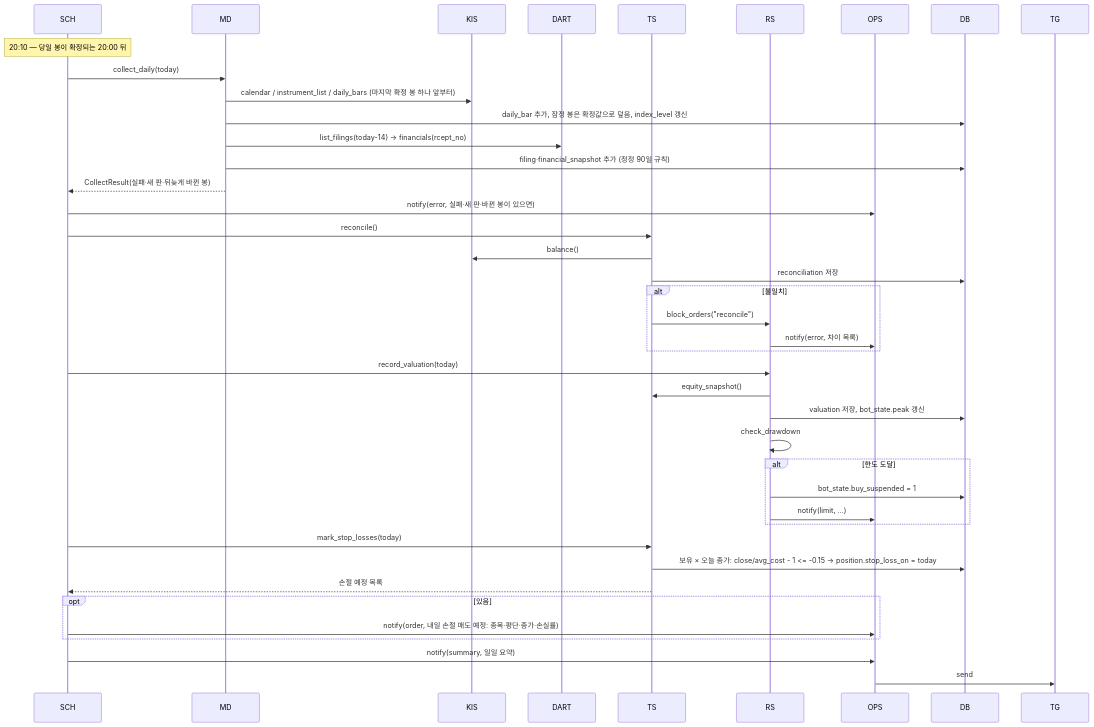
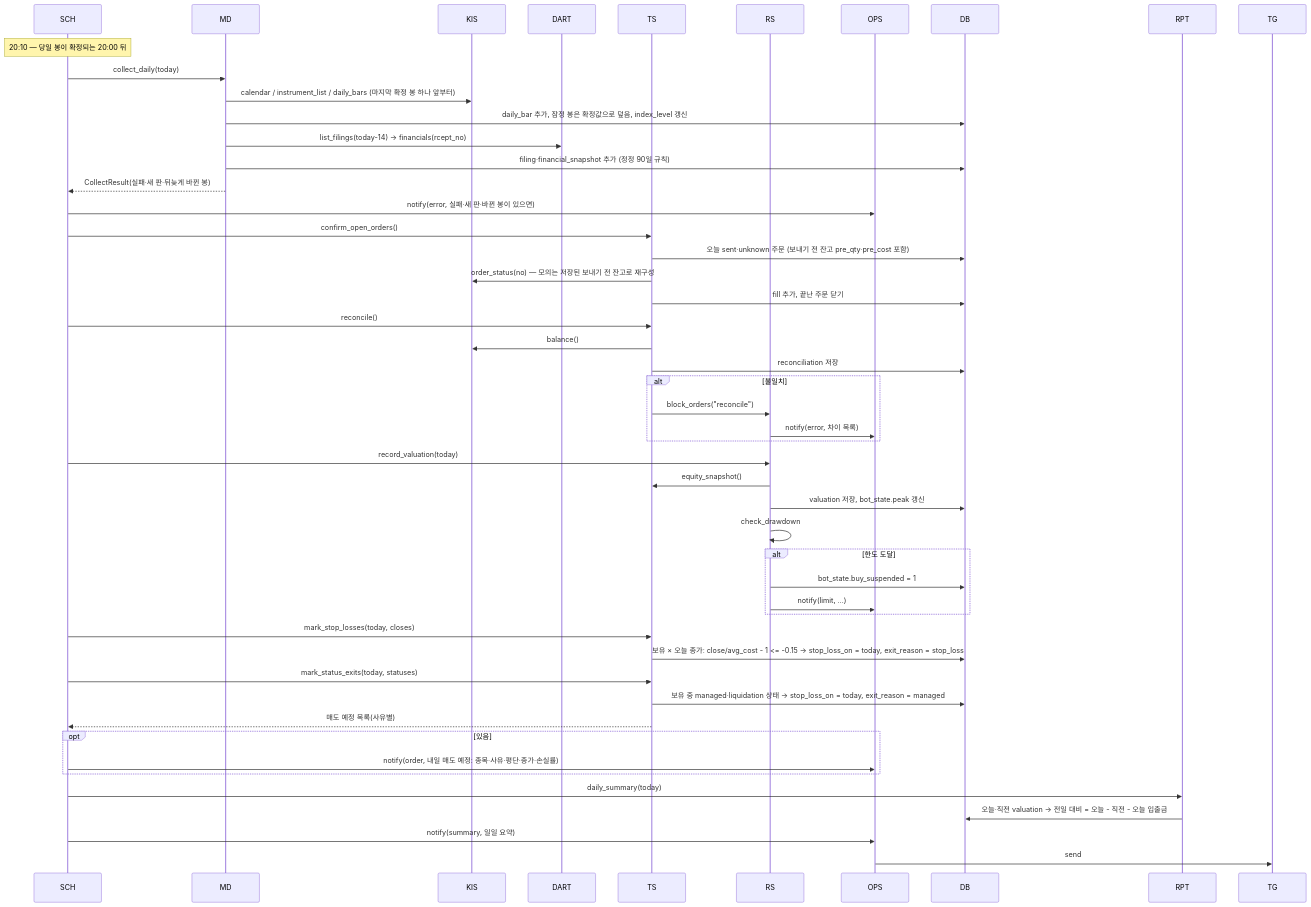
Before and after one commit to HoyoungParkme/quant-rebalance-bot: the first of 7 diagrams in docs/specs/09-SEQ/QBOT-SEQ-001.md, drawn with Mermaid. The commit also changed other lines of this file, not shown here.

Commit message:
SEQ-1 대조 전 미확인 주문 재확인·관리종목 표시·전일 대비, SEQ-3 보내기 전 잔고를 unknown 전에 조회해 DB에, SEQ-7 월간 보고 추가, 조회 재시도 미결 정정

````diff
--- a/docs/specs/09-SEQ/QBOT-SEQ-001.md
+++ b/docs/specs/09-SEQ/QBOT-SEQ-001.md
@@ -43,42 +43,50 @@
 ```mermaid
 sequenceDiagram
   participant SCH
   participant MD
   participant KIS
   participant DART
   participant TS
   participant RS
   participant OPS
   participant DB
   Note over SCH: 20:10 — 당일 봉이 확정되는 20:00 뒤
   SCH->>MD: collect_daily(today)
   MD->>KIS: calendar / instrument_list / daily_bars (마지막 확정 봉 하나 앞부터)
   MD->>DB: daily_bar 추가, 잠정 봉은 확정값으로 덮음, index_level 갱신
   MD->>DART: list_filings(today-14) → financials(rcept_no)
   MD->>DB: filing·financial_snapshot 추가 (정정 90일 규칙)
   MD-->>SCH: CollectResult(실패·새 판·뒤늦게 바뀐 봉)
   SCH->>OPS: notify(error, 실패·새 판·바뀐 봉이 있으면)
+  SCH->>TS: confirm_open_orders()
+  TS->>DB: 오늘 sent·unknown 주문 (보내기 전 잔고 pre_qty·pre_cost 포함)
+  TS->>KIS: order_status(no) — 모의는 저장된 보내기 전 잔고로 재구성
+  TS->>DB: fill 추가, 끝난 주문 닫기
   SCH->>TS: reconcile()
   TS->>KIS: balance()
   TS->>DB: reconciliation 저장
   alt 불일치
     TS->>RS: block_orders("reconcile")
     RS->>OPS: notify(error, 차이 목록)
   end
   SCH->>RS: record_valuation(today)
   RS->>TS: equity_snapshot()
   RS->>DB: valuation 저장, bot_state.peak 갱신
   RS->>RS: check_drawdown
   alt 한도 도달
     RS->>DB: bot_state.buy_suspended = 1
     RS->>OPS: notify(limit, …)
   end
-  SCH->>TS: mark_stop_losses(today)
-  TS->>DB: 보유 × 오늘 종가: close/avg_cost - 1 <= -0.15 → position.stop_loss_on = today
-  TS-->>SCH: 손절 예정 목록
+  SCH->>TS: mark_stop_losses(today, closes)
+  TS->>DB: 보유 × 오늘 종가: close/avg_cost - 1 <= -0.15 → stop_loss_on = today, exit_reason = stop_loss
+  SCH->>TS: mark_status_exits(today, statuses)
+  TS->>DB: 보유 중 managed·liquidation 상태 → stop_loss_on = today, exit_reason = managed
+  TS-->>SCH: 매도 예정 목록(사유별)
   opt 있음
-    SCH->>OPS: notify(order, 내일 손절 매도 예정: 종목·평단·종가·손실률)
+    SCH->>OPS: notify(order, 내일 매도 예정: 종목·사유·평단·종가·손실률)
   end
+  SCH->>RPT: daily_summary(today)
+  RPT->>DB: 오늘·직전 valuation → 전일 대비 = 오늘 - 직전 - 오늘 입출금
   SCH->>OPS: notify(summary, 일일 요약)
   OPS->>TG: send
 ```
````
